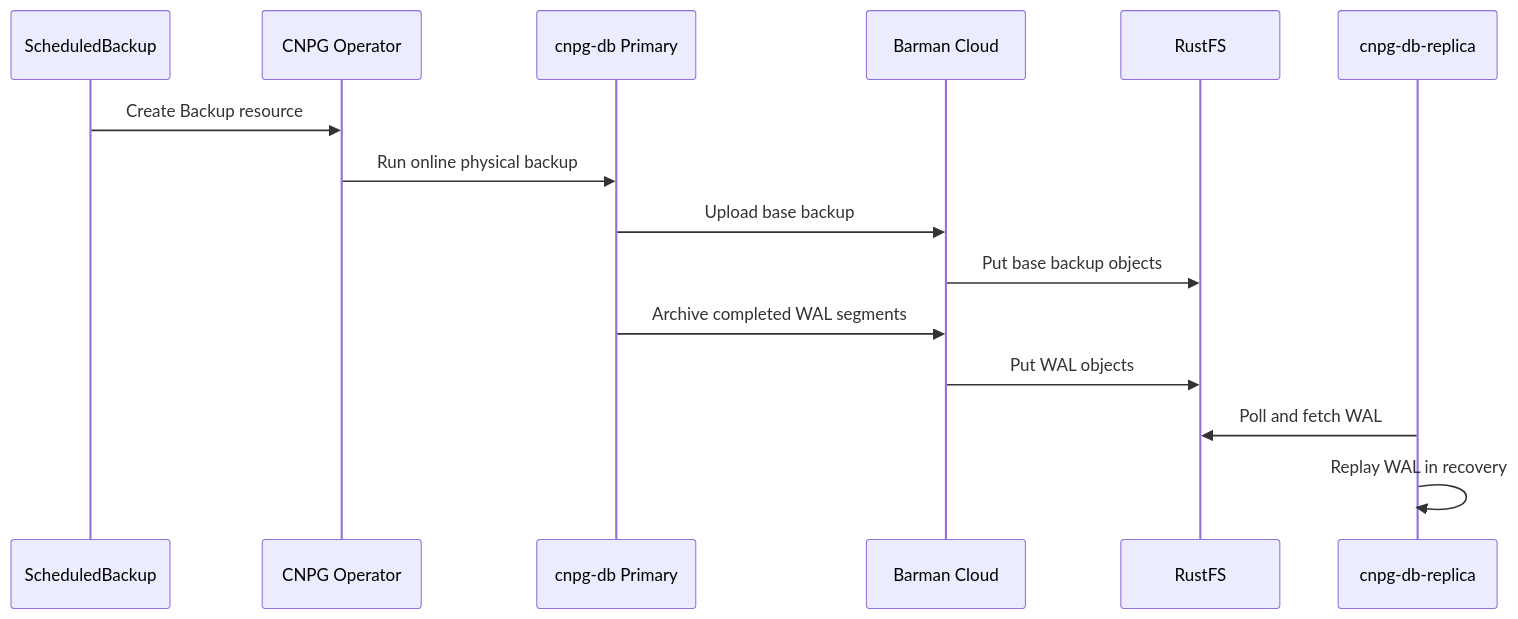
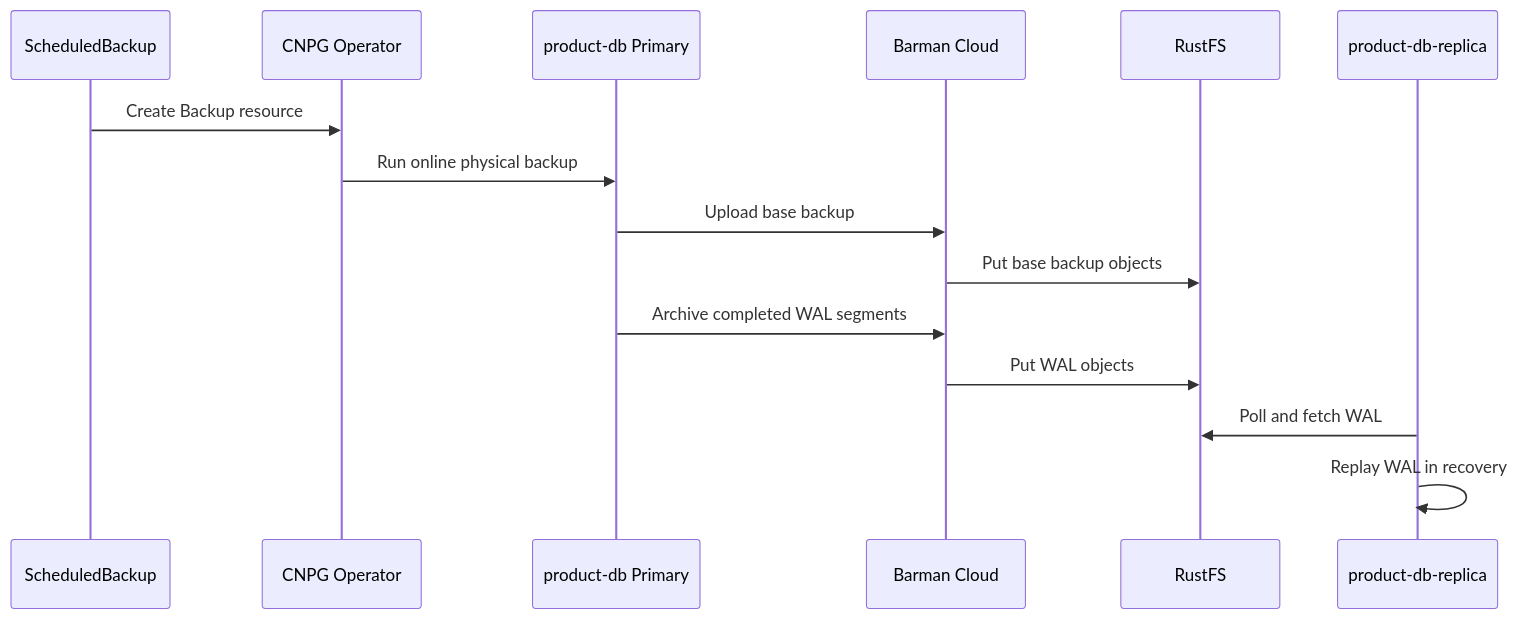
Before and after one commit to duynhlab/homelab: the fourth of 7 diagrams in docs/databases/010-drp.md, drawn with Mermaid. The commit also changed other lines of this file and 243 other files, not shown here.

````diff
--- a/docs/databases/010-drp.md
+++ b/docs/databases/010-drp.md
@@ -265,18 +264,18 @@
 ```mermaid
 sequenceDiagram
   participant Sched as ScheduledBackup
   participant CNPG as CNPG Operator
-  participant Primary as cnpg-db Primary
+  participant Primary as product-db Primary
   participant Barman as Barman Cloud
   participant RustFS as RustFS
-  participant DR as cnpg-db-replica
+  participant DR as product-db-replica
 
   Sched->>CNPG: Create Backup resource
   CNPG->>Primary: Run online physical backup
   Primary->>Barman: Upload base backup
   Barman->>RustFS: Put base backup objects
   Primary->>Barman: Archive completed WAL segments
   Barman->>RustFS: Put WAL objects
   DR->>RustFS: Poll and fetch WAL
   DR->>DR: Replay WAL in recovery
 ```
````
